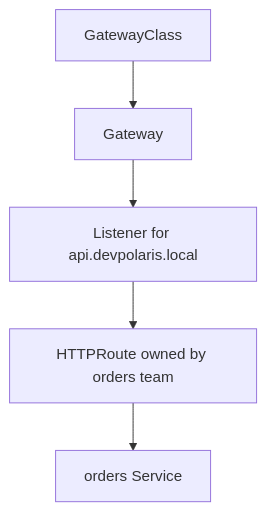
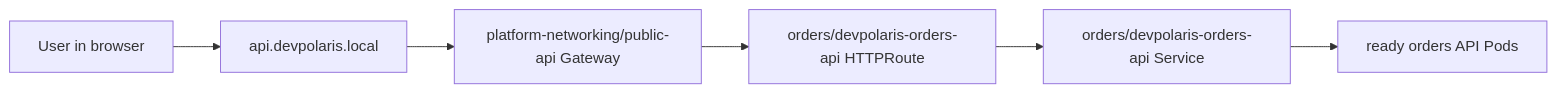
One commit to senlinyy/dev-roadmaps changed the diagram in containers-orchestration/kubernetes/networking/gateway-api.md. Above: the diagram before and after it, drawn with Mermaid. The commit also changed other lines of this file and 260 other files, not shown here.

````diff
--- a/containers-orchestration/kubernetes/networking/gateway-api.md
+++ b/containers-orchestration/kubernetes/networking/gateway-api.md
@@ -29,7 +35,8 @@
 ```mermaid
-flowchart TD
-    A[GatewayClass] --> B[Gateway]
-    B --> C[Listener for api.devpolaris.local]
-    C --> D[HTTPRoute owned by orders team]
-    D --> E[orders Service]
+flowchart LR
+    User[User in browser] --> Host[api.devpolaris.local]
+    Host --> Gateway[platform-networking/public-api Gateway]
+    Gateway --> Route[orders/devpolaris-orders-api HTTPRoute]
+    Route --> Service[orders/devpolaris-orders-api Service]
+    Service --> Pods[ready orders API Pods]
 ```
````
